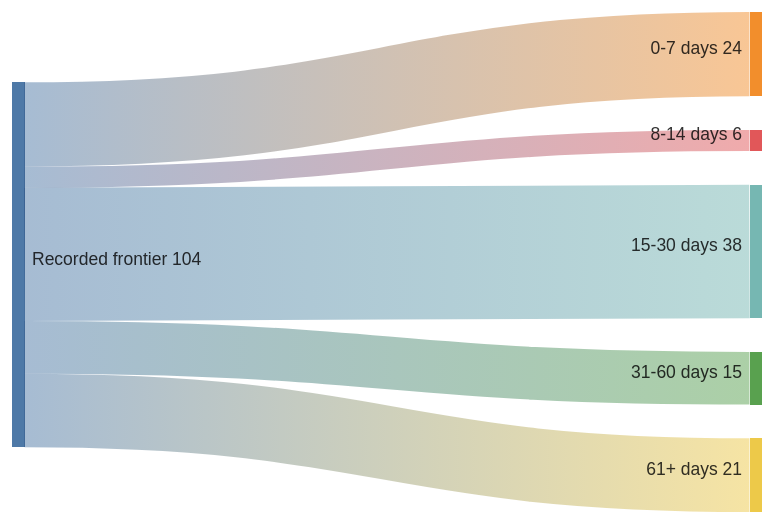
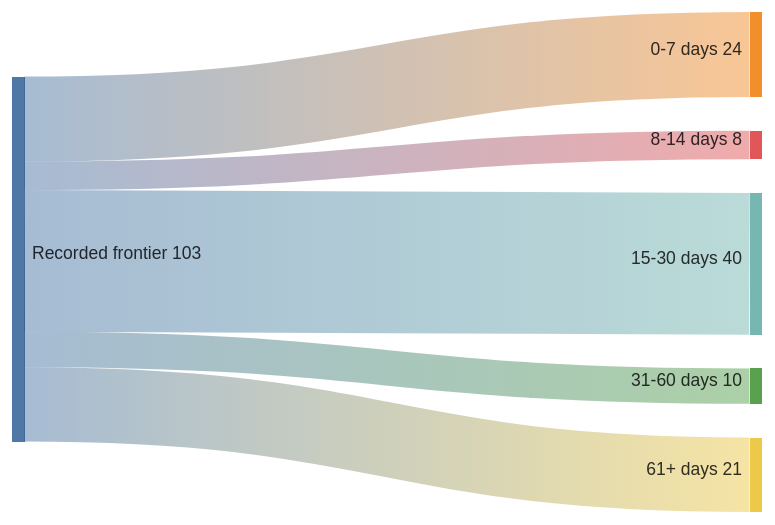
One commit to Armanasq/phd_tracker changed the diagram in docs/diagrams/horizon_sankey.mmd. Above: the diagram before and after it, drawn with Mermaid. The commit also changed 38 other files, not shown here.

```diff
--- a/docs/diagrams/horizon_sankey.mmd
+++ b/docs/diagrams/horizon_sankey.mmd
@@ -1,6 +1,6 @@
 sankey-beta
 Recorded frontier,0-7 days,24
-Recorded frontier,8-14 days,6
-Recorded frontier,15-30 days,38
-Recorded frontier,31-60 days,15
+Recorded frontier,8-14 days,8
+Recorded frontier,15-30 days,40
+Recorded frontier,31-60 days,10
 Recorded frontier,61+ days,21
```
